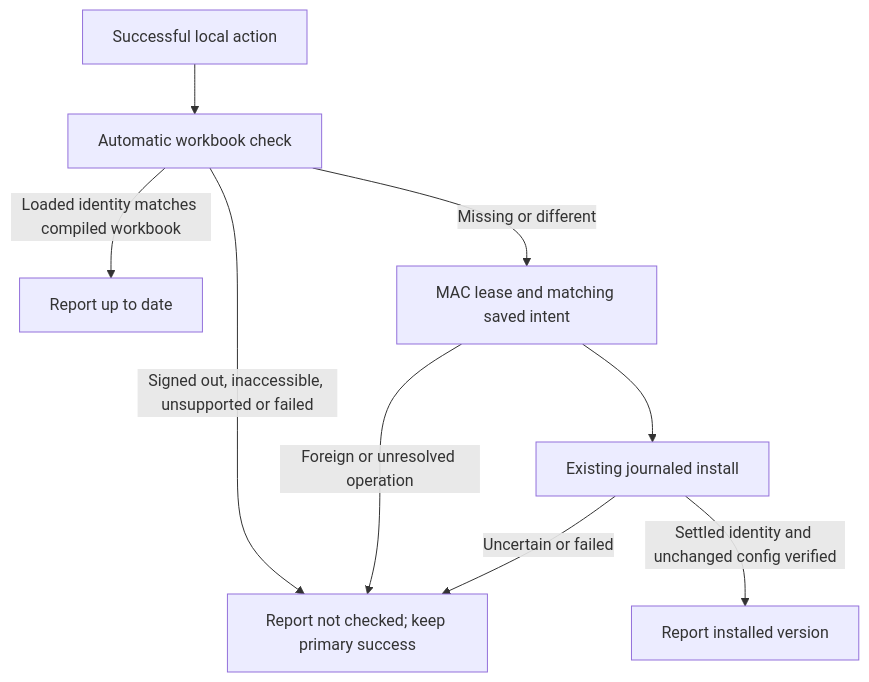
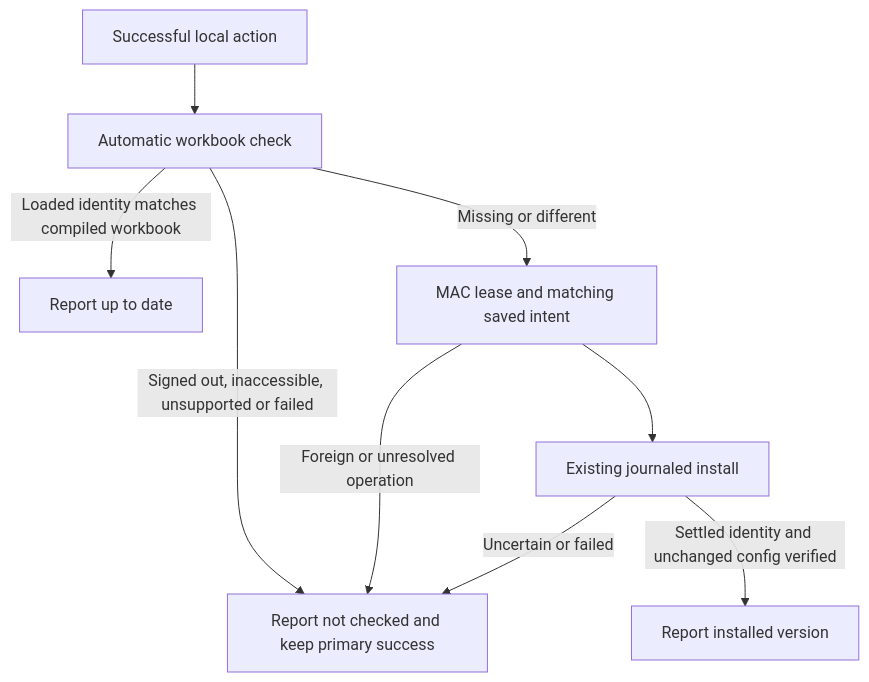
The second of 3 diagrams in docs/usb-maintenance-sync.md (Jan-IngenHousz-Institute/ambyte-iot), drawn with Mermaid before and after one commit. The commit also changed other lines of this file and 21 other files, not shown here.

````diff
--- a/docs/usb-maintenance-sync.md
+++ b/docs/usb-maintenance-sync.md
@@ -41,11 +41,11 @@
 ```mermaid
 flowchart TD
     Action[Successful local action] --> Check[Automatic workbook check]
-    Check -->|Signed out, inaccessible, unsupported or failed| Separate[Report not checked; keep primary success]
+    Check -->|Signed out, inaccessible, unsupported or failed| Separate[Report not checked and keep primary success]
     Check -->|Loaded identity matches compiled workbook| Current[Report up to date]
     Check -->|Missing or different| Guard[MAC lease and matching saved intent]
     Guard -->|Foreign or unresolved operation| Separate
     Guard --> Install[Existing journaled install]
     Install -->|Uncertain or failed| Separate
     Install -->|Settled identity and unchanged config verified| Installed[Report installed version]
 ```
````
